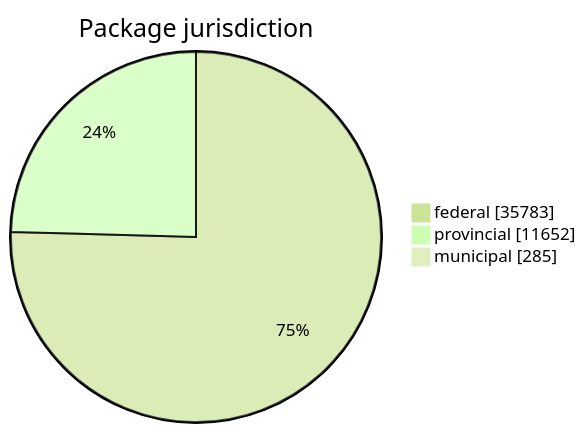
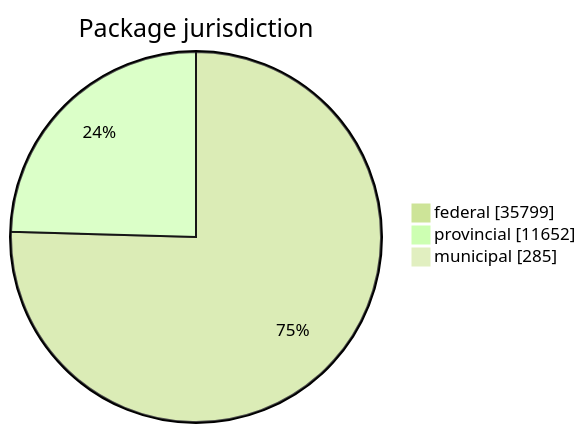
The first of 5 diagrams in FreshCheck/README.md (open-data/analytics-corporate-reporting), drawn with Mermaid (forest theme) before and after one commit. The commit also changed other lines of this file and 3 other files, not shown here.

````diff
--- a/FreshCheck/README.md
+++ b/FreshCheck/README.md
@@ -60,6 +60,6 @@
 ```mermaid
 pie showData title Package jurisdiction
-    "federal": 35783
+    "federal": 35799
     "provincial": 11652
     "municipal": 285
 ```
````
